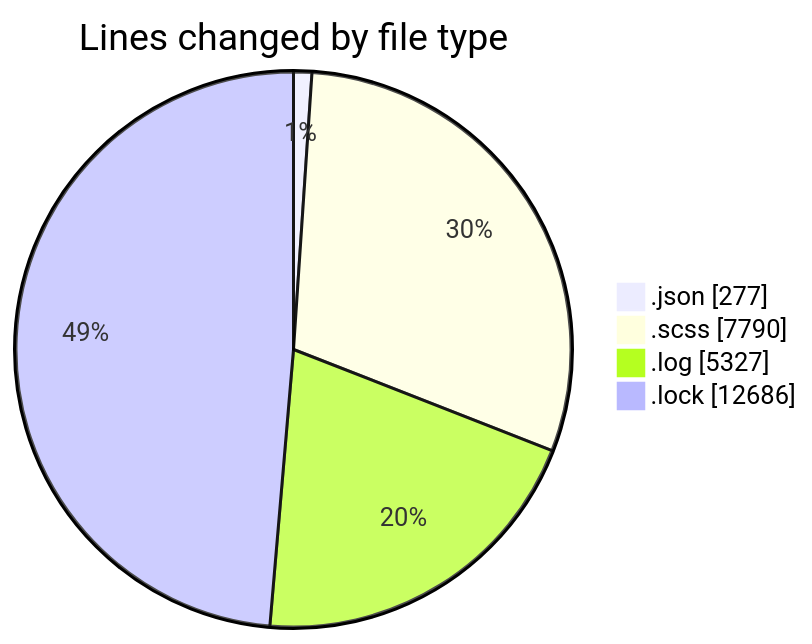
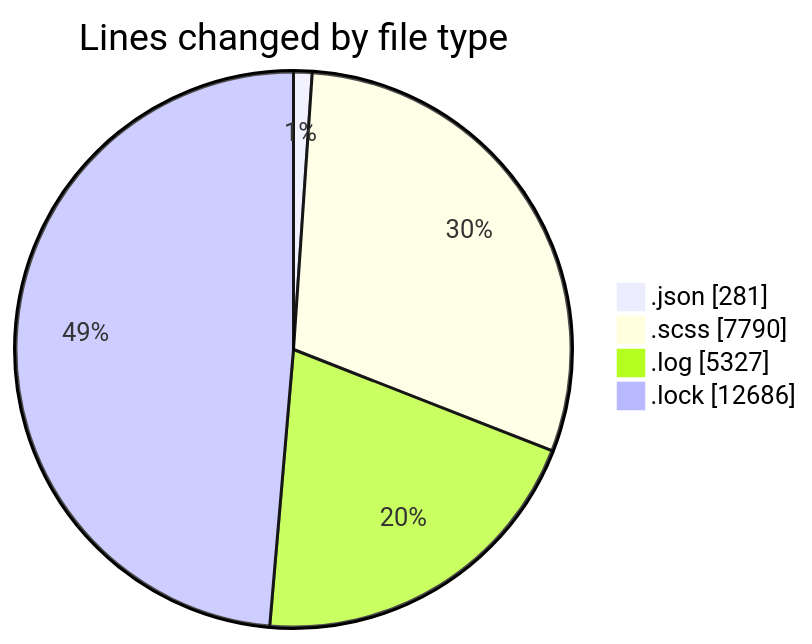
The first of 2 diagrams in 2026-01-22/cda/README.md (momahboobian/code-tracking), drawn with Mermaid before and after one commit. The commit also changed other lines of this file and 1 other file, not shown here.

````diff
--- a/2026-01-22/cda/README.md
+++ b/2026-01-22/cda/README.md
@@ -81,8 +81,8 @@
 ```mermaid
 pie showData
 title Lines changed by file type
-".json" : 277
+".json" : 281
 ".scss" : 7790
 ".log" : 5327
 ".lock" : 12686
 ```
````
